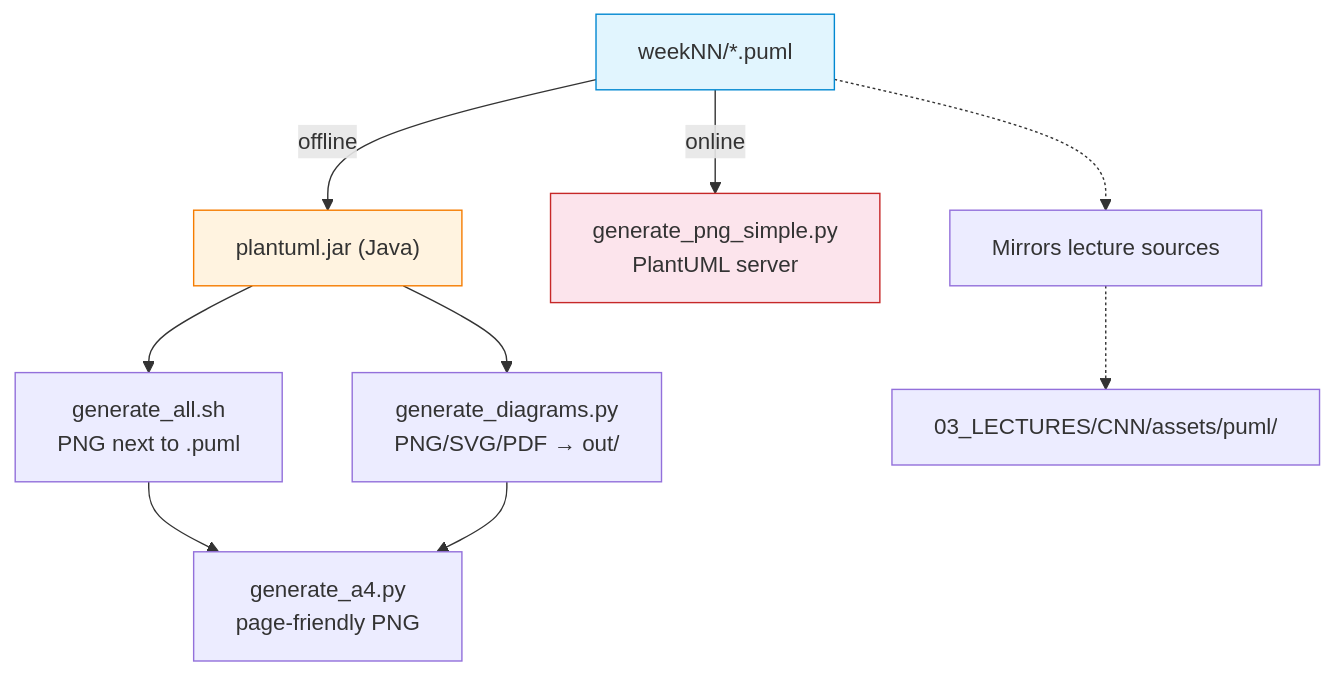
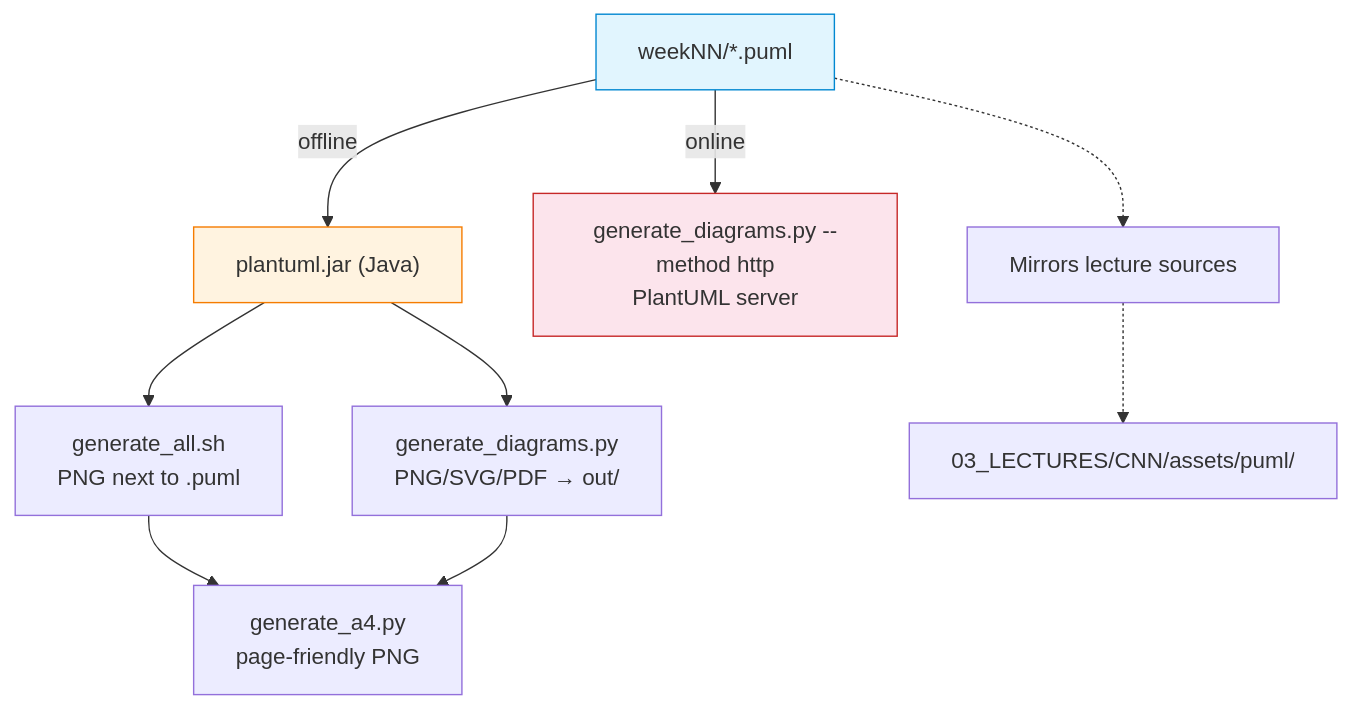
One commit to antonioclim/COMPNET-EN changed the diagram in 00_TOOLS/PlantUML(optional)/README.md. Above: the diagram before and after it, drawn with Mermaid. The commit also changed other lines of this file and 551 other files, not shown here.

````diff
--- a/00_TOOLS/PlantUML(optional)/README.md
+++ b/00_TOOLS/PlantUML(optional)/README.md
@@ -30,16 +30,16 @@
 ```mermaid
 flowchart TD
     W["weekNN/*.puml"] -->|"offline"| J["plantuml.jar (Java)"]
     J --> GA["generate_all.sh\nPNG next to .puml"]
     J --> GD["generate_diagrams.py\nPNG/SVG/PDF → out/"]
     GA --> A4["generate_a4.py\npage-friendly PNG"]
     GD --> A4
-    W -->|"online"| GS["generate_png_simple.py\nPlantUML server"]
+    W -->|"online"| GS["generate_diagrams.py --method http\nPlantUML server"]
 
     MIR["Mirrors lecture sources"] -.-> L["03_LECTURES/CNN/assets/puml/"]
     W -.-> MIR
 
     style W fill:#e1f5fe,stroke:#0288d1
     style J fill:#fff3e0,stroke:#f57c00
     style GS fill:#fce4ec,stroke:#c62828
 ```
````
